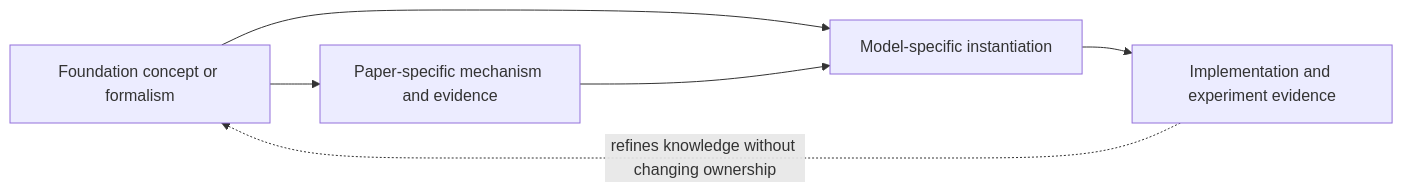
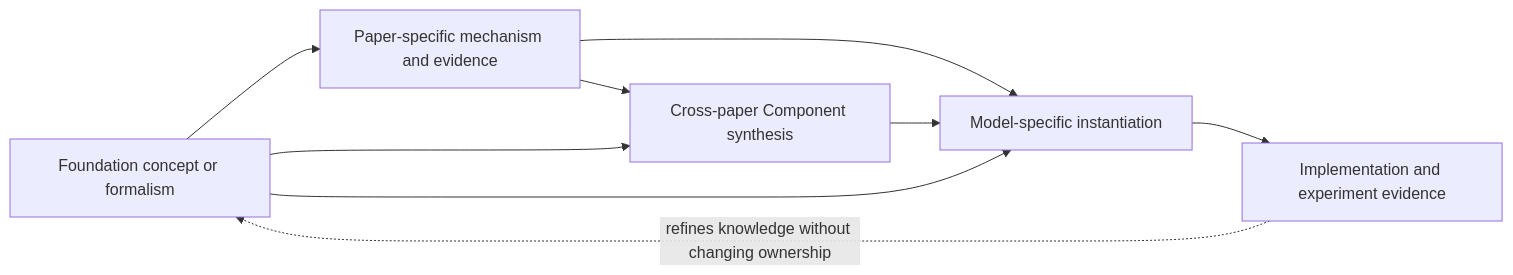
One commit to ABA-WM-Knowledge-Base/ABA-WM-Knowledge-Base changed the diagram in foundations/README.md. Above: the diagram before and after it, drawn with Mermaid. The commit also changed other lines of this file and 28 other files, not shown here.

````diff
--- a/foundations/README.md
+++ b/foundations/README.md
@@ -29,8 +29,11 @@
 ```mermaid
 flowchart LR
     F["Foundation concept or formalism"] --> P["Paper-specific mechanism and evidence"]
+    F --> C["Cross-paper Component synthesis"]
     F --> M["Model-specific instantiation"]
     P --> M
+    P --> C
+    C --> M
     M --> E["Implementation and experiment evidence"]
     E -.->|refines knowledge without changing ownership| F
 ```
````
